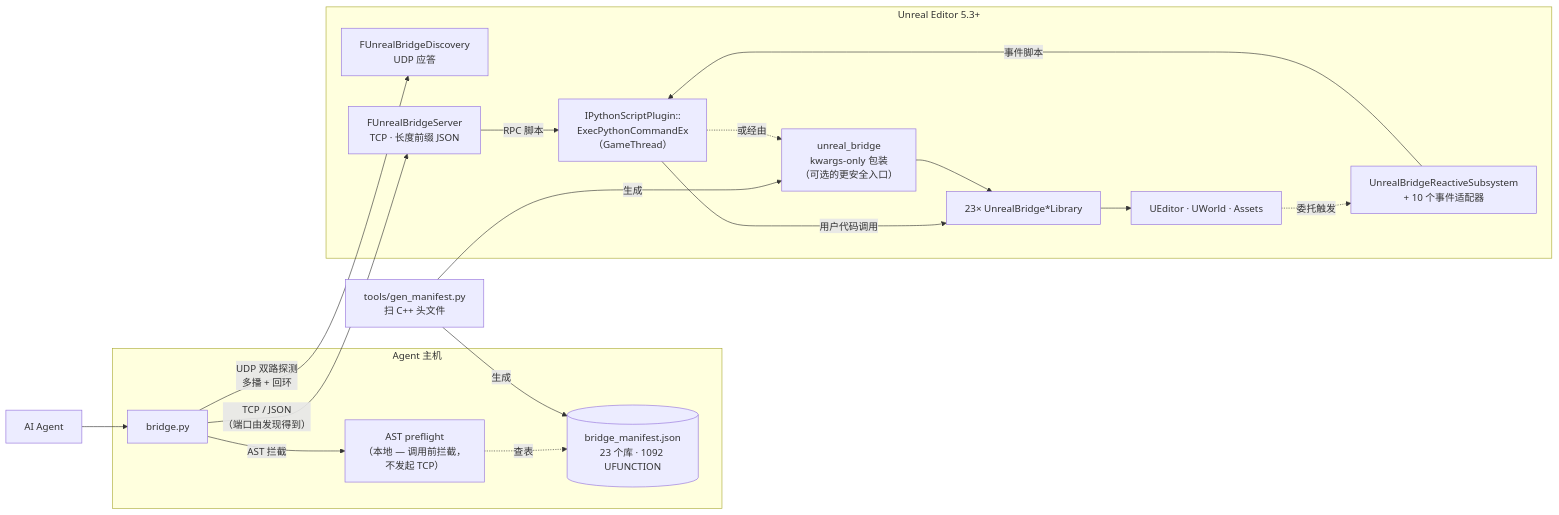
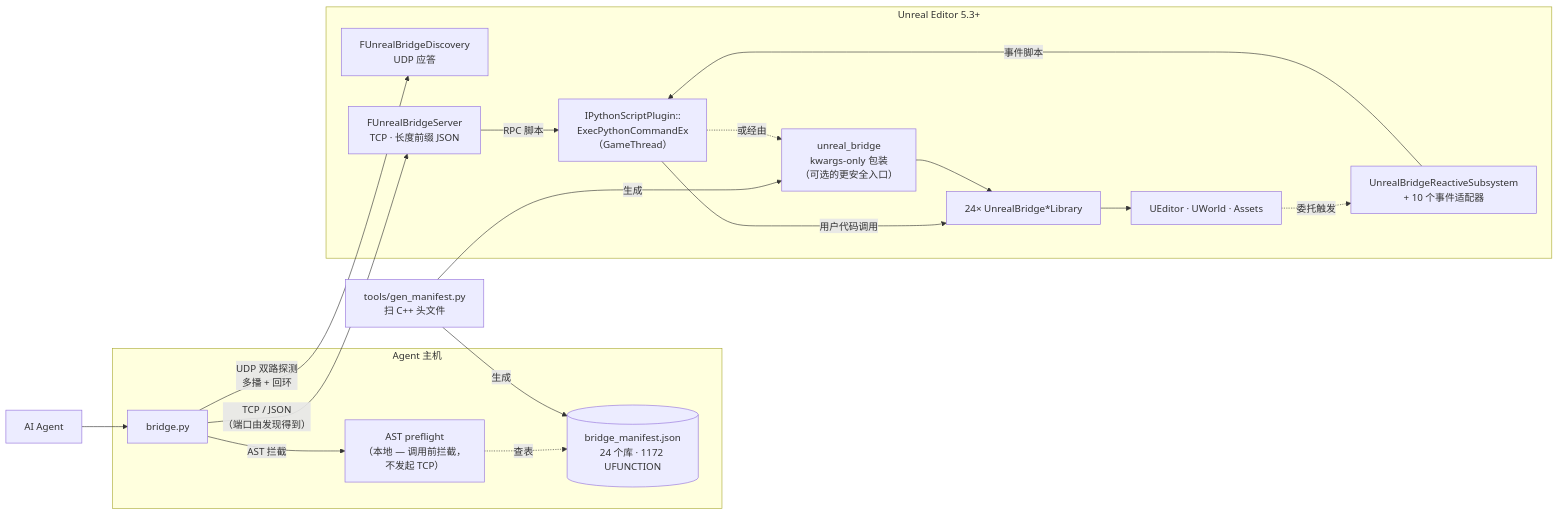
Before and after one commit to Tommy1213888/UnrealBridge: the diagram in README.zh-CN.md, drawn with Mermaid. The commit also changed other lines of this file and 12 other files, not shown here.

````diff
--- a/README.zh-CN.md
+++ b/README.zh-CN.md
@@ -41,40 +41,40 @@
 ```mermaid
 flowchart LR
     Agent["AI Agent"]
 
     subgraph Host["Agent 主机"]
       CLI["bridge.py"]
       Pre["AST preflight<br/>（本地 — 调用前拦截，<br/>不发起 TCP）"]
-      Mani[("bridge_manifest.json<br/>23 个库 · 1092 UFUNCTION")]
+      Mani[("bridge_manifest.json<br/>24 个库 · 1172 UFUNCTION")]
     end
 
     Gen["tools/gen_manifest.py<br/>扫 C++ 头文件"]
 
     subgraph UE["Unreal Editor 5.3+"]
       Disc["FUnrealBridgeDiscovery<br/>UDP 应答"]
       Server["FUnrealBridgeServer<br/>TCP · 长度前缀 JSON"]
       Reactive["UnrealBridgeReactiveSubsystem<br/>+ 10 个事件适配器"]
       Exec["IPythonScriptPlugin::<br/>ExecPythonCommandEx<br/>（GameThread）"]
       Wrap["unreal_bridge<br/>kwargs-only 包装<br/>（可选的更安全入口）"]
-      Libs["23× UnrealBridge*Library"]
+      Libs["24× UnrealBridge*Library"]
       Engine["UEditor · UWorld · Assets"]
     end
 
     Agent --> CLI
     CLI -- "AST 拦截" --> Pre
     Pre -. "查表" .-> Mani
 
     Gen -- "生成" --> Mani
     Gen -- "生成" --> Wrap
 
     CLI -- "UDP 双路探测<br/>多播 + 回环" --> Disc
     CLI -- "TCP / JSON<br/>（端口由发现得到）" --> Server
     Server -- "RPC 脚本" --> Exec
     Engine -. "委托触发" .-> Reactive
     Reactive -- "事件脚本" --> Exec
 
     Exec -- "用户代码调用" --> Libs
     Exec -. "或经由" .-> Wrap
     Wrap --> Libs
     Libs --> Engine
 ```
````
